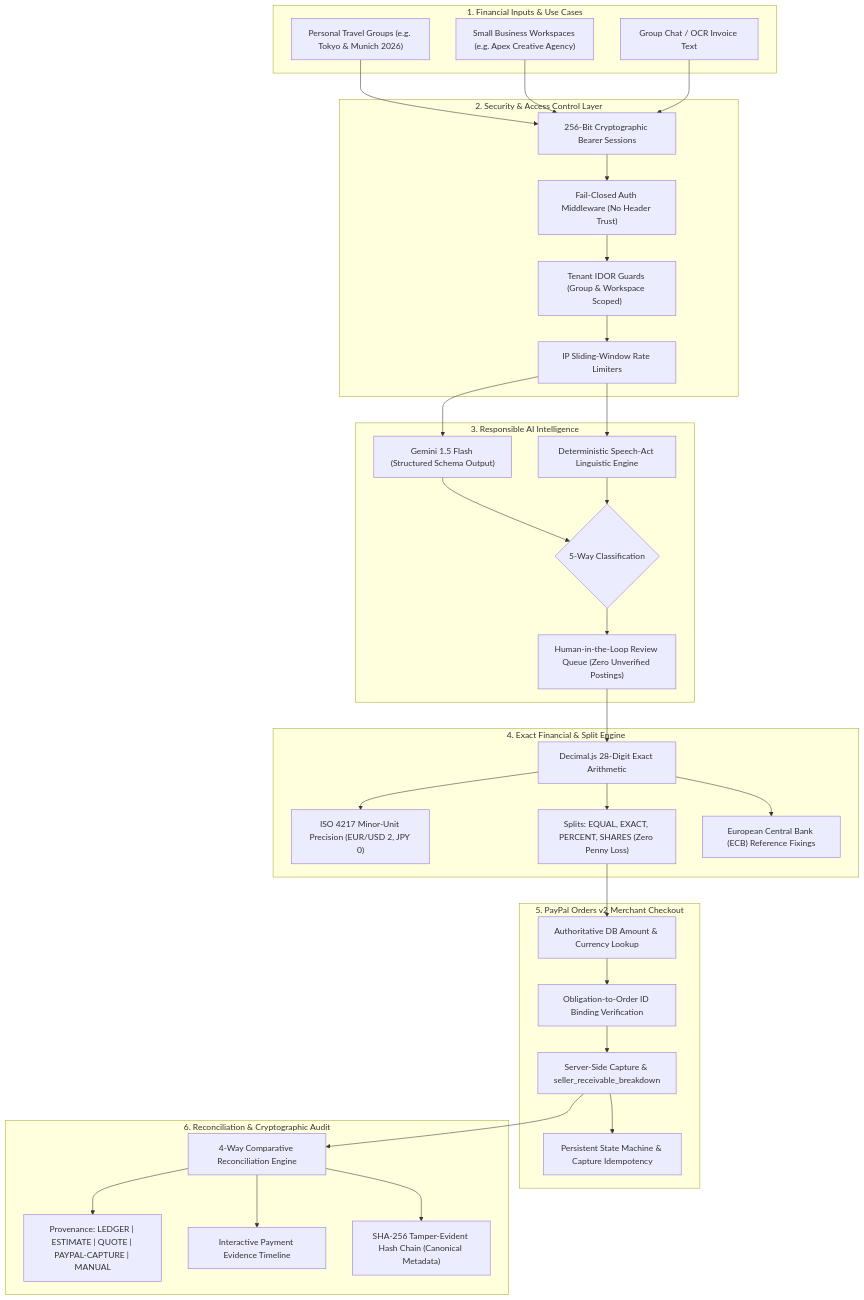
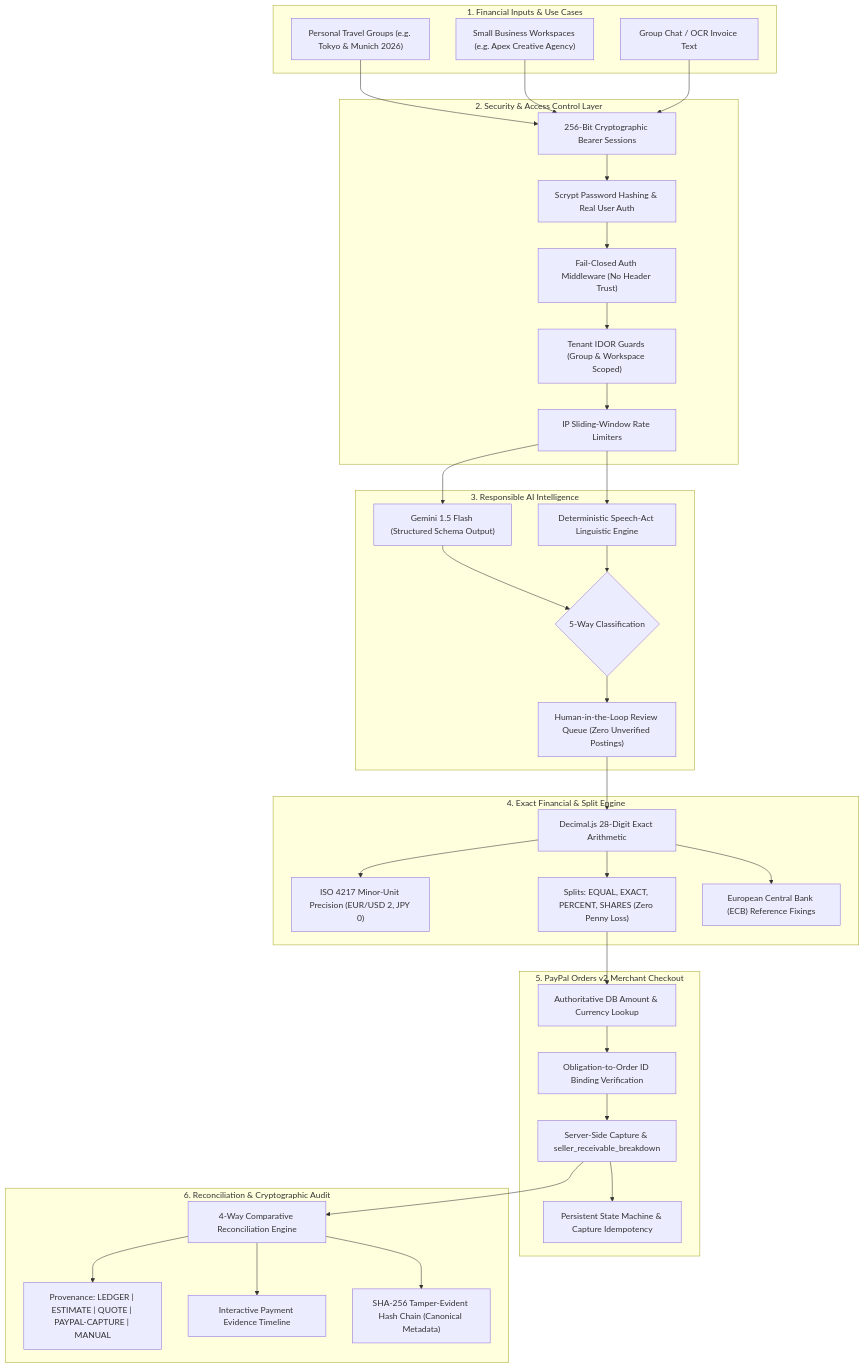
One commit to saileshmv05/Paypal-hackathon changed the diagram in README.md. Above: the diagram before and after it, drawn with Mermaid. The commit also changed other lines of this file and 16 other files, not shown here.

Commit message:
feat: fix paypal missing obligation defect, add real user authentication & isolation, and deliver professional UI redesign

````diff
--- a/README.md
+++ b/README.md
@@ -52,54 +52,55 @@
 ```mermaid
 flowchart TD
     subgraph Inputs ["1. Financial Inputs & Use Cases"]
         PersonalTravel["Personal Travel Groups (e.g. Tokyo & Munich 2026)"]
         BusinessInvoices["Small Business Workspaces (e.g. Apex Creative Agency)"]
         Chat["Group Chat / OCR Invoice Text"]
     end
 
     subgraph Security ["2. Security & Access Control Layer"]
         BearerToken["256-Bit Cryptographic Bearer Sessions"]
+        ScryptAuth["Scrypt Password Hashing & Real User Auth"]
         FailClosed["Fail-Closed Auth Middleware (No Header Trust)"]
         IDORGuard["Tenant IDOR Guards (Group & Workspace Scoped)"]
         RateLimiter["IP Sliding-Window Rate Limiters"]
     end
 
     subgraph AI ["3. Responsible AI Intelligence"]
         Gemini["Gemini 1.5 Flash (Structured Schema Output)"]
         Fallback["Deterministic Speech-Act Linguistic Engine"]
         Classifier{"5-Way Classification"}
         HITL["Human-in-the-Loop Review Queue (Zero Unverified Postings)"]
     end
 
     subgraph Financial ["4. Exact Financial & Split Engine"]
         DecimalMath["Decimal.js 28-Digit Exact Arithmetic"]
         MinorUnits["ISO 4217 Minor-Unit Precision (EUR/USD 2, JPY 0)"]
         Splits["Splits: EQUAL, EXACT, PERCENT, SHARES (Zero Penny Loss)"]
         ECBFixings["European Central Bank (ECB) Reference Fixings"]
     end
 
     subgraph PayPal ["5. PayPal Orders v2 Merchant Checkout"]
         DBLookup["Authoritative DB Amount & Currency Lookup"]
         Binding["Obligation-to-Order ID Binding Verification"]
         Capture["Server-Side Capture & seller_receivable_breakdown"]
         Idempotency["Persistent State Machine & Capture Idempotency"]
     end
 
     subgraph AuditRecon ["6. Reconciliation & Cryptographic Audit"]
         ReconEngine["4-Way Comparative Reconciliation Engine"]
         ProvBadges["Provenance: LEDGER | ESTIMATE | QUOTE | PAYPAL-CAPTURE | MANUAL"]
         EvidenceTimeline["Interactive Payment Evidence Timeline"]
         AuditChain["SHA-256 Tamper-Evident Hash Chain (Canonical Metadata)"]
     end
 
     PersonalTravel & BusinessInvoices & Chat --> BearerToken
-    BearerToken --> FailClosed --> IDORGuard --> RateLimiter
+    BearerToken --> ScryptAuth --> FailClosed --> IDORGuard --> RateLimiter
     RateLimiter --> Gemini & Fallback
     Gemini & Fallback --> Classifier --> HITL
     HITL --> DecimalMath
     DecimalMath --> Splits & MinorUnits & ECBFixings
     Splits --> DBLookup --> Binding --> Capture --> Idempotency
     Capture --> ReconEngine
     ReconEngine --> ProvBadges & EvidenceTimeline
     ReconEngine --> AuditChain
 ```
````
